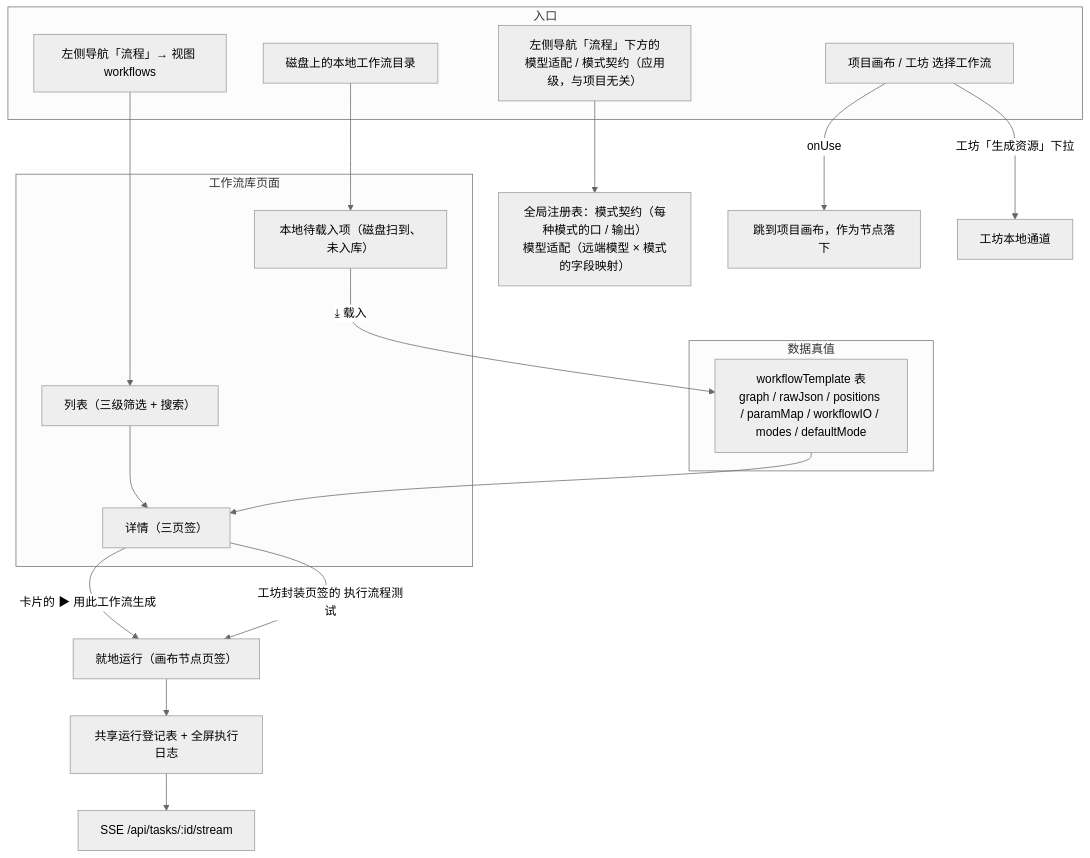
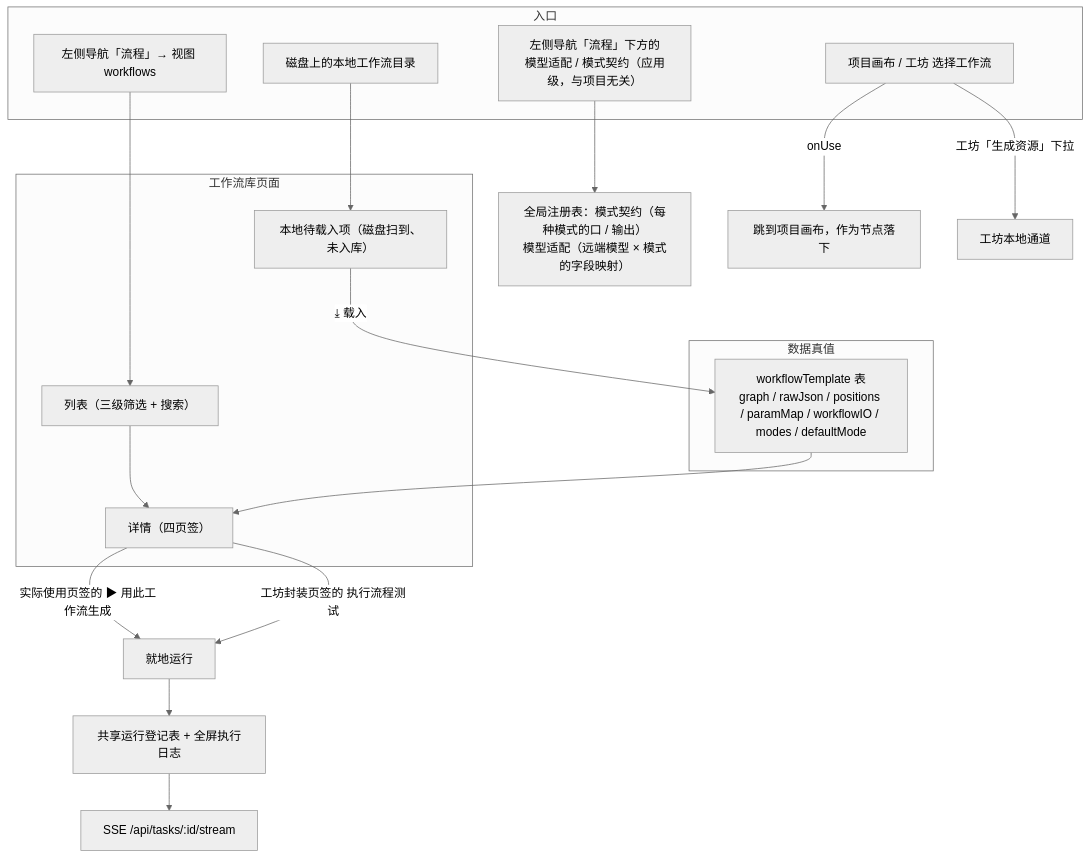
Before and after one commit to wuxianyuedu/comfy-app: the first of 9 diagrams in docs/guides/feature-workflow-library-flow.md, drawn with Mermaid (neutral theme). The commit also changed other lines of this file and 8 other files, not shown here.

First line of the commit message:
docs(workflow-library): 流程图 §5 改详情四页签现状，页签名与运行入口同步 (#2423)

````diff
--- a/docs/guides/feature-workflow-library-flow.md
+++ b/docs/guides/feature-workflow-library-flow.md
@@ -33,34 +33,34 @@
 ```mermaid
 flowchart TD
   subgraph ENTRY["入口"]
     NAV["左侧导航「流程」→ 视图 workflows"]
     USE["项目画布 / 工坊 选择工作流"]
     FILES["磁盘上的本地工作流目录"]
     OVERLAY["左侧导航「流程」下方的<br/>模型适配 / 模式契约（应用级，与项目无关）"]
   end
 
   subgraph LIB["工作流库页面"]
     LIST["列表（三级筛选 + 搜索）"]
     PEND["本地待载入项（磁盘扫到、未入库）"]
-    DETAIL["详情（三页签）"]
+    DETAIL["详情（四页签）"]
   end
 
   subgraph STORE["数据真值"]
     DB["workflowTemplate 表<br/>graph / rawJson / positions / paramMap / workflowIO / modes / defaultMode"]
   end
 
   NAV --> LIST
   OVERLAY --> CONTRACT_ENTRY["全局注册表：模式契约（每种模式的口 / 输出）<br/>模型适配（远端模型 × 模式的字段映射）"]
   FILES --> PEND
   LIST --> DETAIL
   PEND -->|"⤓ 载入"| DB
   DB --> DETAIL
 
-  DETAIL -->|"卡片的 ▶ 用此工作流生成"| RUN["就地运行（画布节点页签）"]
+  DETAIL -->|"实际使用页签的 ▶ 用此工作流生成"| RUN["就地运行"]
   DETAIL -->|"工坊封装页签的 执行流程测试"| RUN
   RUN --> SHARED["共享运行登记表 + 全屏执行日志"]
   SHARED --> SSE["SSE /api/tasks/:id/stream"]
 
   USE -->|"onUse"| CANVAS["跳到项目画布，作为节点落下"]
   USE -->|"工坊「生成资源」下拉"| WORKSHOP["工坊本地通道"]
 ```
````
